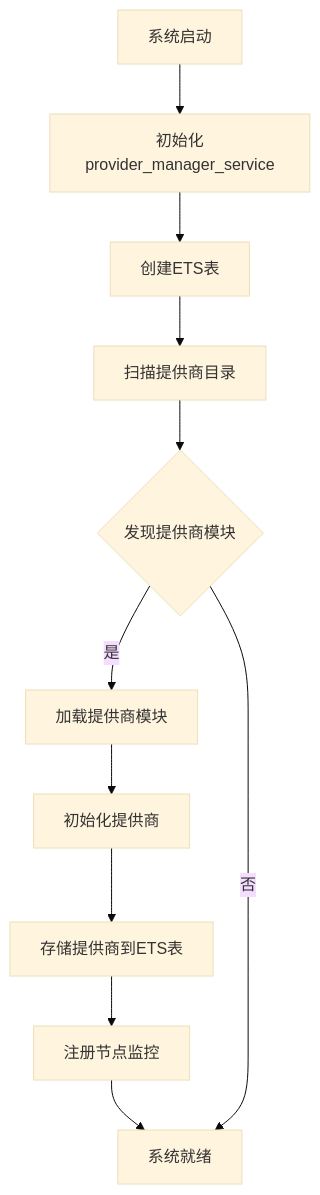
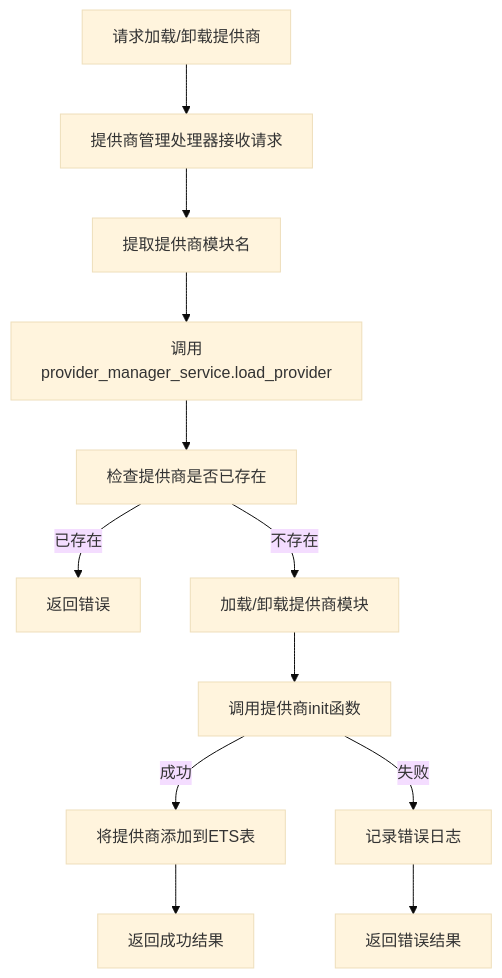
One commit to gch8537445/ExternalTransService_erlang changed the second of 4 diagrams in 企业网约车后台服务分析.md. Above: the diagram before and after it, drawn with Mermaid (base theme). The commit also changed other lines of this file, not shown here.

````diff
--- a/企业网约车后台服务分析.md
+++ b/企业网约车后台服务分析.md
@@ -112,13 +113,17 @@
 ```mermaid
 flowchart TD
-    A[系统启动] --> B[初始化provider_manager_service]
-    B --> C[创建ETS表]
-    C --> D[扫描提供商目录]
-    D --> E{发现提供商模块}
-    E -- 是 --> F[加载提供商模块]
-    F --> G[初始化提供商]
-    G --> H[存储提供商到ETS表]
-    H --> I[注册节点监控]
-    I --> J[系统就绪]
-    E -- 否 --> J
+    A[请求加载/卸载提供商] --> B[提供商管理处理器接收请求]
+    B --> C[提取提供商模块名]
+    C --> D[调用provider_manager_service.load_provider]
+    D --> E[检查提供商是否已存在]
+    
+    E -- 已存在 --> F[返回错误]
+    E -- 不存在 --> G[加载/卸载提供商模块]
+    G --> H[调用提供商init函数]
+    
+    H -- 成功 --> I[将提供商添加到ETS表]
+    I --> J[返回成功结果]
+    
+    H -- 失败 --> K[记录错误日志]
+    K --> L[返回错误结果]
 ```
````
